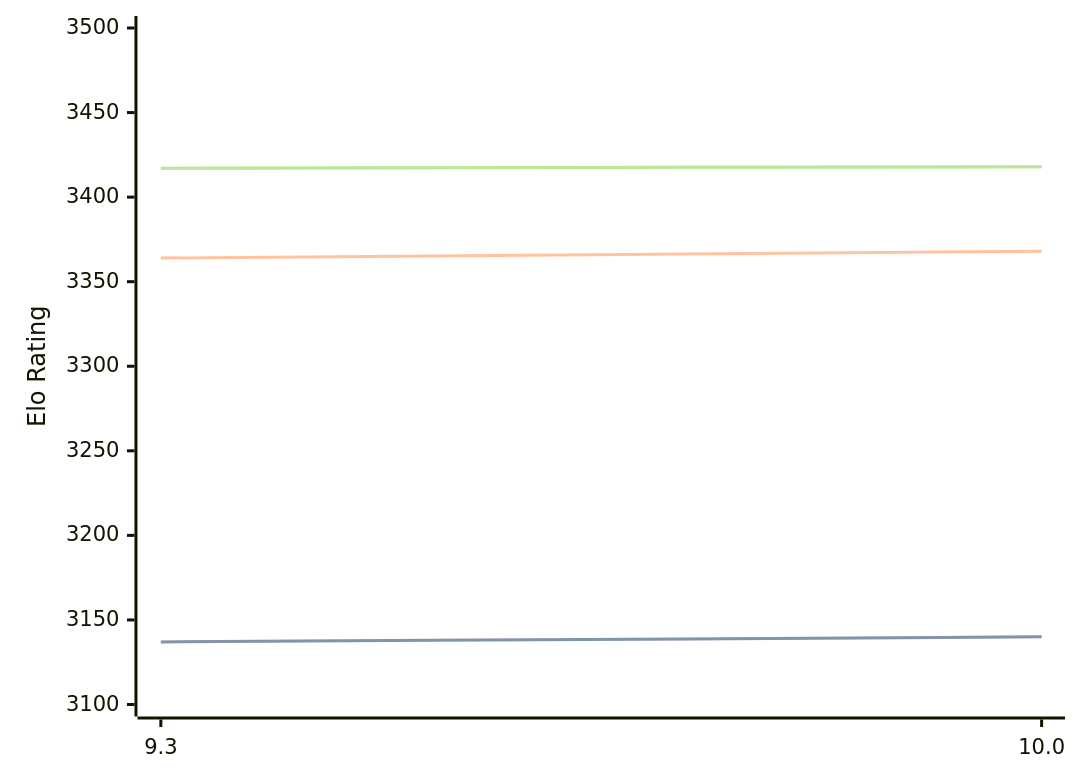
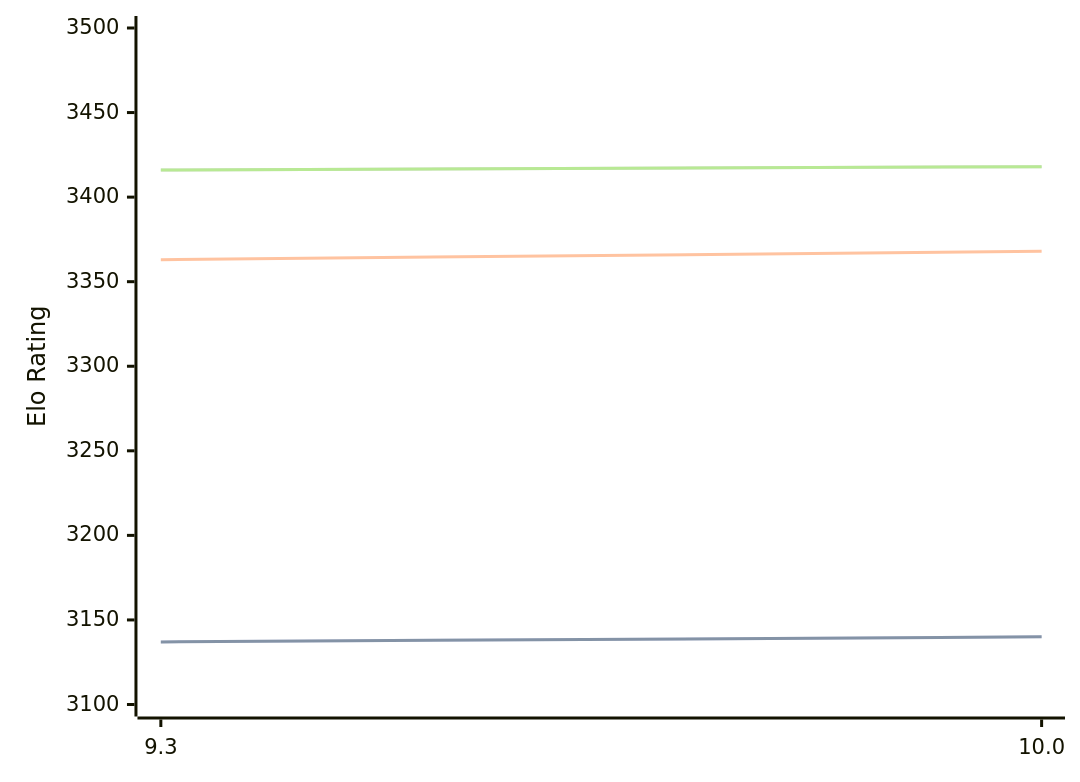
Before and after one commit to computer-chess-index/cci: the diagram in engines/Fire.md, drawn with Mermaid. The commit also changed other lines of this file, not shown here.

Commit message:
Update CCI Ratings (ELO VLTC) - 2026-08-02

````diff
--- a/engines/Fire.md
+++ b/engines/Fire.md
@@ -47,11 +47,11 @@
 ```mermaid
 %%{init: {"theme":"base","themeVariables":{"seriesColors:['#a3a3a3','#222221','#faa371']}}}%%
 xychart-beta
   x-axis ["9.3", "10.0"]
   y-axis "Elo Rating" 3100 --> 3500
   line "STC (8.0+0.08s)" [3137, 3140]
   line "STC (8.0+0.08s)" [3137, 3140]
-  line "LTC (60.0+0.60s)" [3364, 3368]
-  line "VLTC (2m24s+1.12s)" [3417, 3418]
-  line "VLTC (2m24s+1.12s)" [3417, 3418]
+  line "LTC (60.0+0.60s)" [3363, 3368]
+  line "VLTC (2m24s+1.12s)" [3416, 3418]
+  line "VLTC (2m24s+1.12s)" [3416, 3418]
 ```
````
